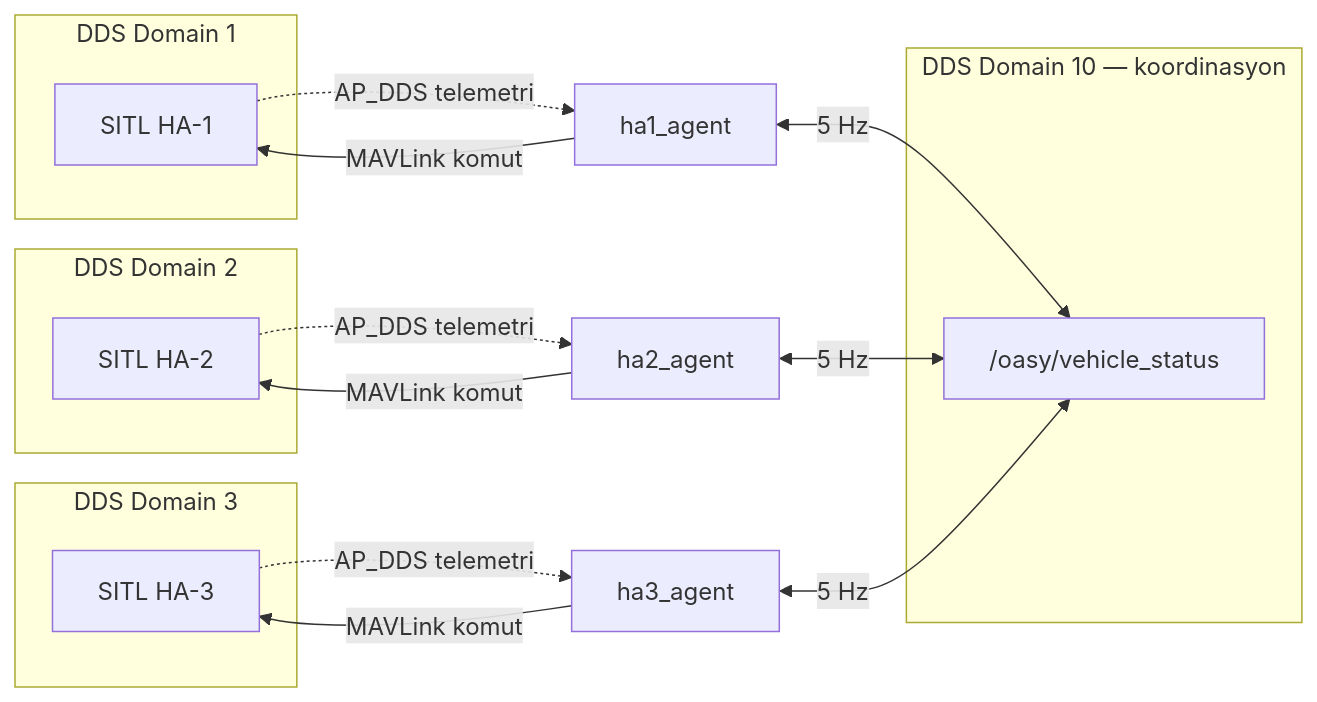
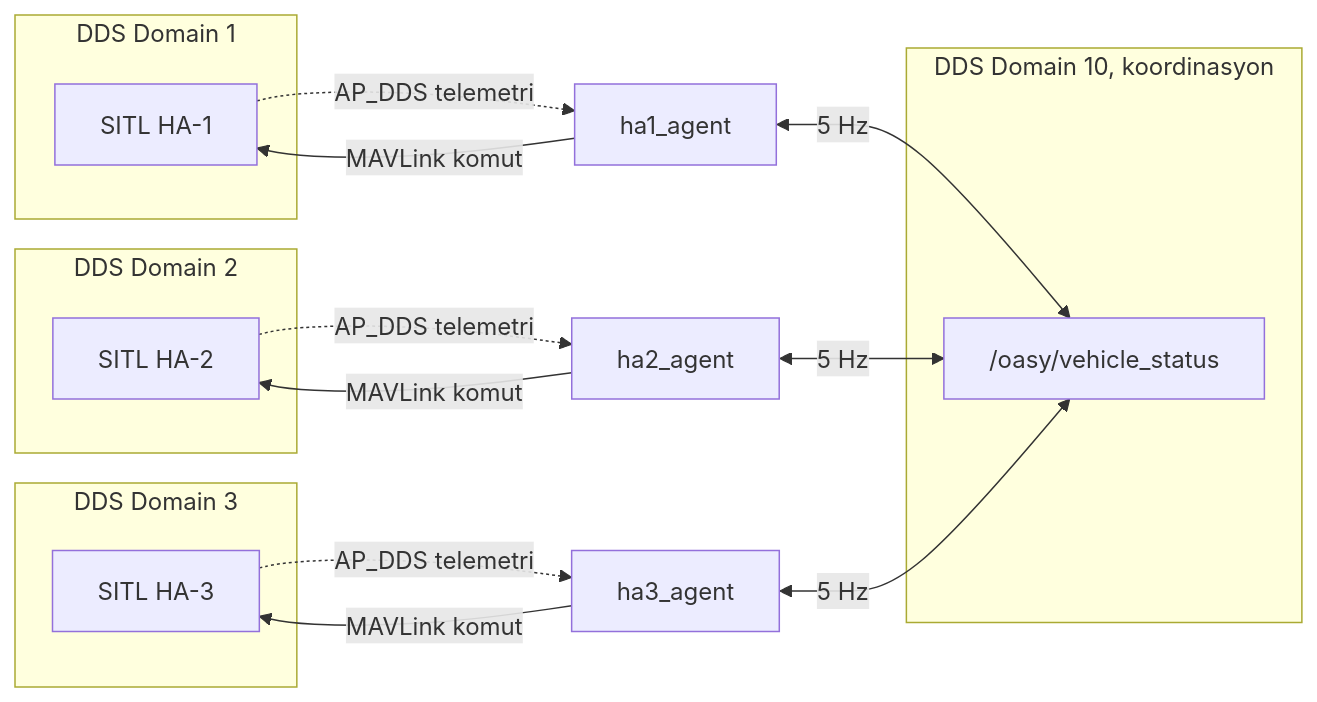
One commit to emircansurucu/multi-uav-arrival-coordination changed the first of 4 diagrams in docs/02-haberlesme-akisi.md. Above: the diagram before and after it, drawn with Mermaid. The commit also changed other lines of this file and 104 other files, not shown here.

````diff
--- a/docs/02-haberlesme-akisi.md
+++ b/docs/02-haberlesme-akisi.md
@@ -12,32 +12,32 @@
 ```mermaid
 flowchart LR
   subgraph D1["DDS Domain 1"]
     S1["SITL HA-1"]
   end
   subgraph D2["DDS Domain 2"]
     S2["SITL HA-2"]
   end
   subgraph D3["DDS Domain 3"]
     S3["SITL HA-3"]
   end
 
   A1["ha1_agent"]
   A2["ha2_agent"]
   A3["ha3_agent"]
 
   S1 -.->|"AP_DDS telemetri"| A1
   S2 -.->|"AP_DDS telemetri"| A2
   S3 -.->|"AP_DDS telemetri"| A3
 
   A1 -->|"MAVLink komut"| S1
   A2 -->|"MAVLink komut"| S2
   A3 -->|"MAVLink komut"| S3
 
-  subgraph D10["DDS Domain 10 — koordinasyon"]
+  subgraph D10["DDS Domain 10, koordinasyon"]
     T["/oasy/vehicle_status"]
   end
 
   A1 <-->|"5 Hz"| T
   A2 <-->|"5 Hz"| T
   A3 <-->|"5 Hz"| T
 ```
````
